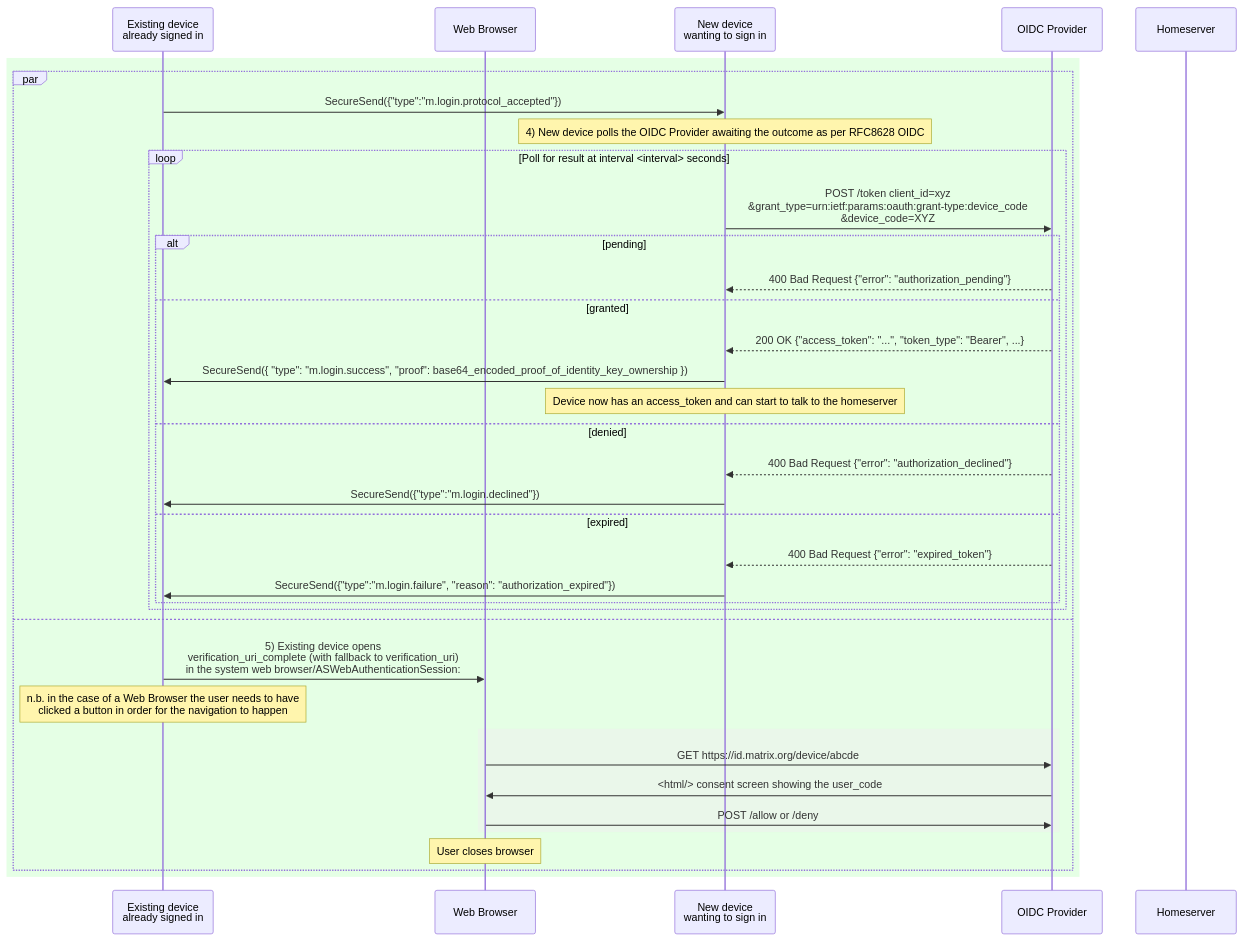
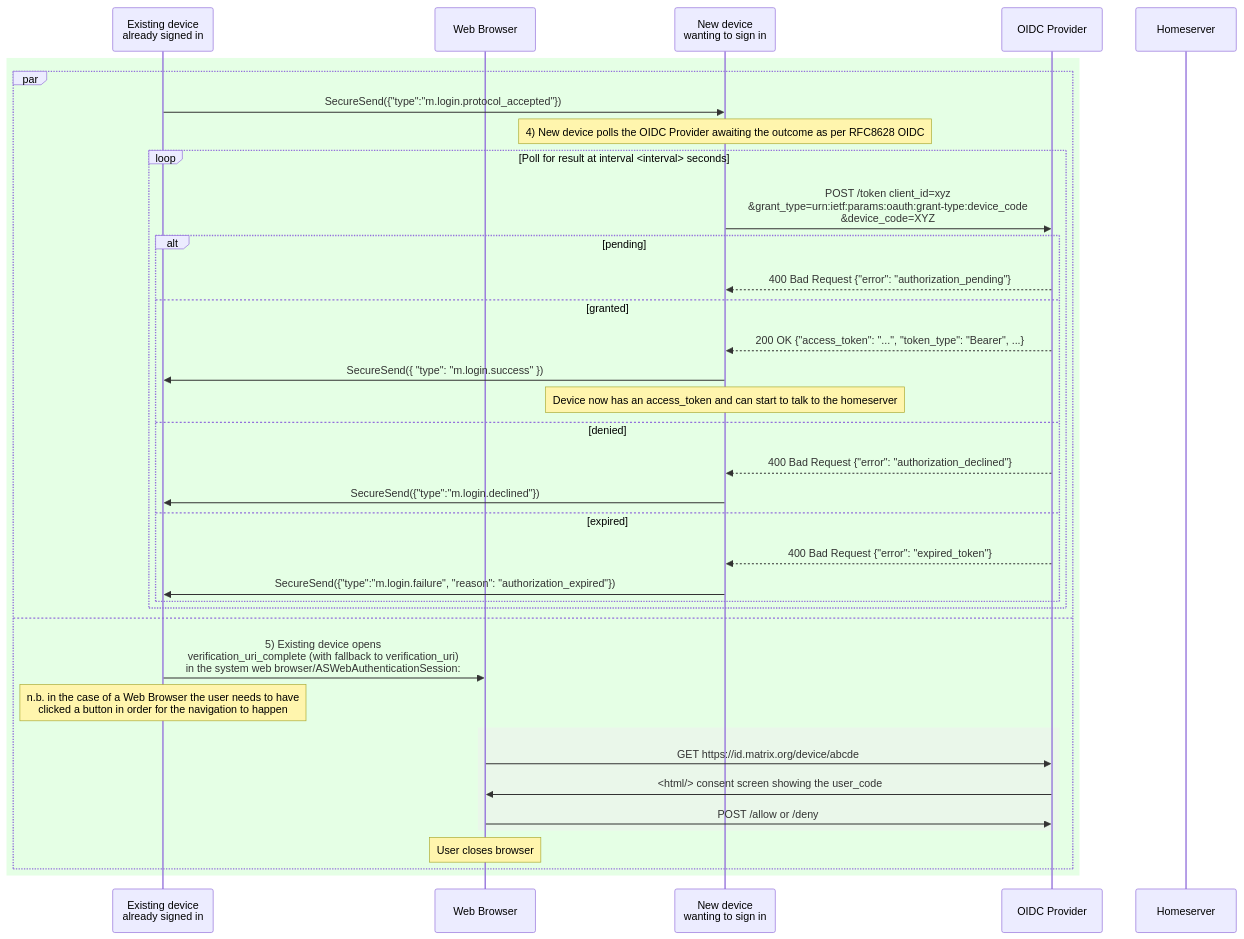
The fifth of 6 diagrams in proposals/4108-oidc-qr-login.md (matrix-org/matrix-spec-proposals), drawn with Mermaid before and after one commit. The commit also changed other lines of this file, not shown here.

Commit message:
Move proof to m.login.protocol message

````diff
--- a/proposals/4108-oidc-qr-login.md
+++ b/proposals/4108-oidc-qr-login.md
@@ -995,41 +1027,41 @@
 ```mermaid
 sequenceDiagram
     participant E as Existing device <br>already signed in
     participant UA as Web Browser
     participant N as New device <br>wanting to sign in
     participant OP as OIDC Provider
     participant HS as Homeserver
 
     rect rgba(0,255,0, 0.1)
 
         par
             E->>N: SecureSend({"type":"m.login.protocol_accepted"})
         note over N: 4) New device polls the OIDC Provider awaiting the outcome as per RFC8628 OIDC
             loop Poll for result at interval <interval> seconds
                 N->>OP: POST /token client_id=xyz<br>&grant_type=urn:ietf:params:oauth:grant-type:device_code<br>&device_code=XYZ
                 alt pending
                     OP-->>N: 400 Bad Request {"error": "authorization_pending"}
                 else granted
                     OP-->>N: 200 OK {"access_token": "...", "token_type": "Bearer", ...}
-                    N->>E: SecureSend({ "type": "m.login.success", "proof": base64_encoded_proof_of_identity_key_ownership })
+                    N->>E: SecureSend({ "type": "m.login.success" })
                     Note over N: Device now has an access_token and can start to talk to the homeserver
                 else denied
                     OP-->>N: 400 Bad Request {"error": "authorization_declined"}
                     N->>E: SecureSend({"type":"m.login.declined"})
                 else expired
                     OP-->>N: 400 Bad Request {"error": "expired_token"}
                     N->>E: SecureSend({"type":"m.login.failure", "reason": "authorization_expired"})
                 end
             end
         and
             E->>UA: 5) Existing device opens <br>verification_uri_complete (with fallback to verification_uri)<br> in the system web browser/ASWebAuthenticationSession:
             Note over E: n.b. in the case of a Web Browser the user needs to have<br> clicked a button in order for the navigation to happen
             rect rgba(240,240,240,0.5)
                 UA->>OP: GET https://id.matrix.org/device/abcde
                 OP->>UA: <html/> consent screen showing the user_code
                 UA->>OP: POST /allow or /deny
             end
             Note over UA: User closes browser
         end
     end
 ```
````
